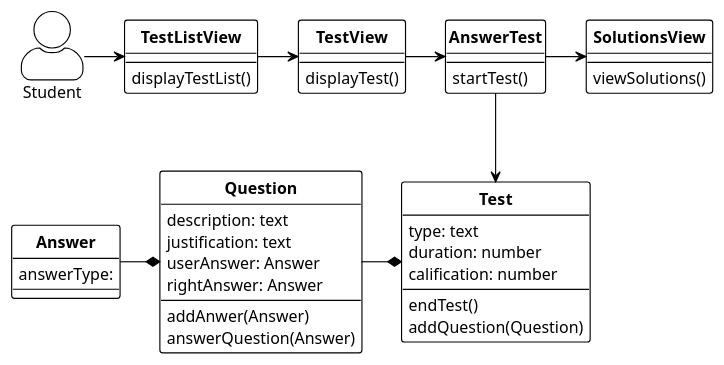
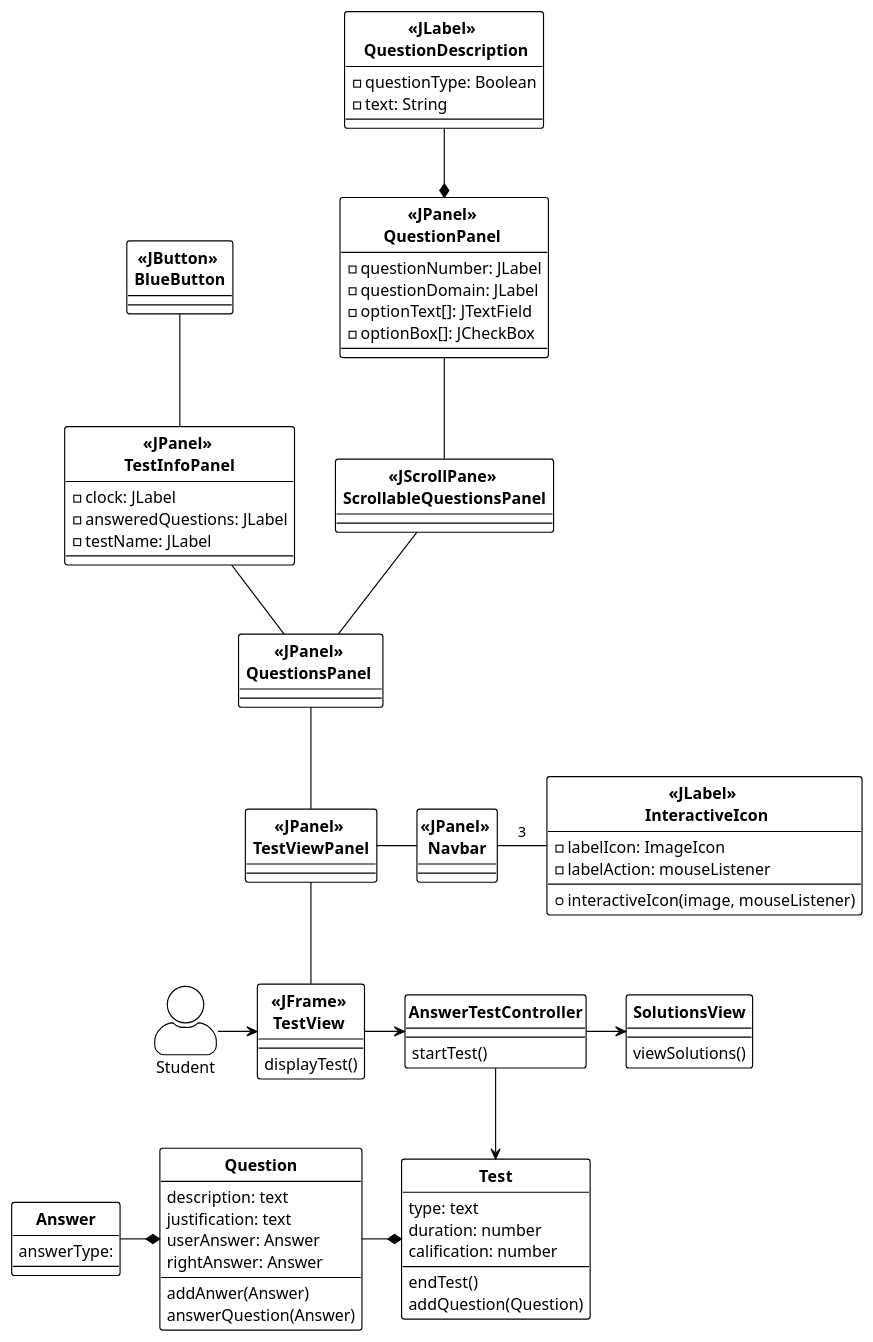
Before and after one commit to MiguelCiav/Uhuru: the diagram in designClasses.plantuml, drawn with PlantUML. The commit also changed 2 other files, not shown here.

Commit message:
Cambios en el diagrama de diseño

```diff
--- a/designClasses.plantuml
+++ b/designClasses.plantuml
@@ -1,83 +1,139 @@
 @startUML designClassesUseCase2
 
 <style>
 classDiagram {
   class {
       header {
         FontStyle bold
       }
   }
 }
 </style>
 
 !theme plain
 hide circle
 
 skinparam actorStyle awesome
 allowmixing
 
 actor Student
 
-Class TestListView{
+'' NAVBAR
 
-    displayTestList()
+Class "<<JPanel>> \n Navbar " as Navbar {
 }
 
-Class TestView{
+Class "<<JLabel>> \n InteractiveIcon" as InteractiveIcon {
+    - labelIcon: ImageIcon
+    - labelAction: mouseListener
+    + interactiveIcon(image, mouseListener)
+}
+
+InteractiveIcon -l- Navbar: 3
+
+'' TESTVIEW
+
+Class "<<JPanel>> \n TestViewPanel " as TestViewPanel {
+
+}
+
+Class "<<JPanel>> \n QuestionsPanel  " as QuestionsPanel {
+
+}
+
+Class "<<JPanel>> \n TestInfoPanel " as TestInfoPanel {
+    - clock: JLabel 
+    - answeredQuestions: JLabel
+    - testName: JLabel
+}
+
+Class "<<JScrollPane>> \n ScrollableQuestionsPanel " as ScrollableQuestionsPanel {
+
+}
+
+Class "<<JButton>> \n BlueButton " as BlueButton {
+
+}
+
+Class "<<JPanel>> \n QuestionPanel  " as QuestionPanel {
+    - questionNumber: JLabel
+    - questionDomain: JLabel
+    - optionText[]: JTextField
+    - optionBox[]: JCheckBox
+}
+
+Class "<<JLabel>> \n QuestionDescription" as QuestionDescription {
+    - questionType: Boolean
+    - text: String
+}
+
+QuestionPanel -- ScrollableQuestionsPanel
+
+TestInfoPanel -- QuestionsPanel
+
+BlueButton -- TestInfoPanel
+
+ScrollableQuestionsPanel -- QuestionsPanel
+
+Navbar -l- TestViewPanel
+QuestionsPanel -- TestViewPanel
+TestViewPanel -- TestView
+QuestionDescription -d-* QuestionPanel
+
+Class "<<JFrame>> \n TestView  " as TestView{
 
     displayTest()
+
 }
 
-Class AnswerTest{
+Class AnswerTestController{
 
     startTest()
 }
 
 Class SolutionsView{
 
     viewSolutions()
 }
 
 Class Test{
 
     type: text 
     duration: number
     calification: number
 
     endTest()
     addQuestion(Question)
 }
 
 Class Question{
 
     description: text
     justification: text
     userAnswer: Answer
     rightAnswer: Answer
 
     addAnwer(Answer)
     answerQuestion(Answer)
 }
 
 Class Answer{
 
     answerType:
 }
 
 
-Student -r-> TestListView
+Student -r-> TestView
 
-TestListView -r-> TestView
+TestView -r-> AnswerTestController
 
-TestView -r-> AnswerTest
+AnswerTestController -r-> SolutionsView
 
-AnswerTest -r-> SolutionsView
-
-AnswerTest -d-> Test
+AnswerTestController -d-> Test
 
 Question -r-* Test
 
 Answer -r-* Question
 
 
 @endUML
```
